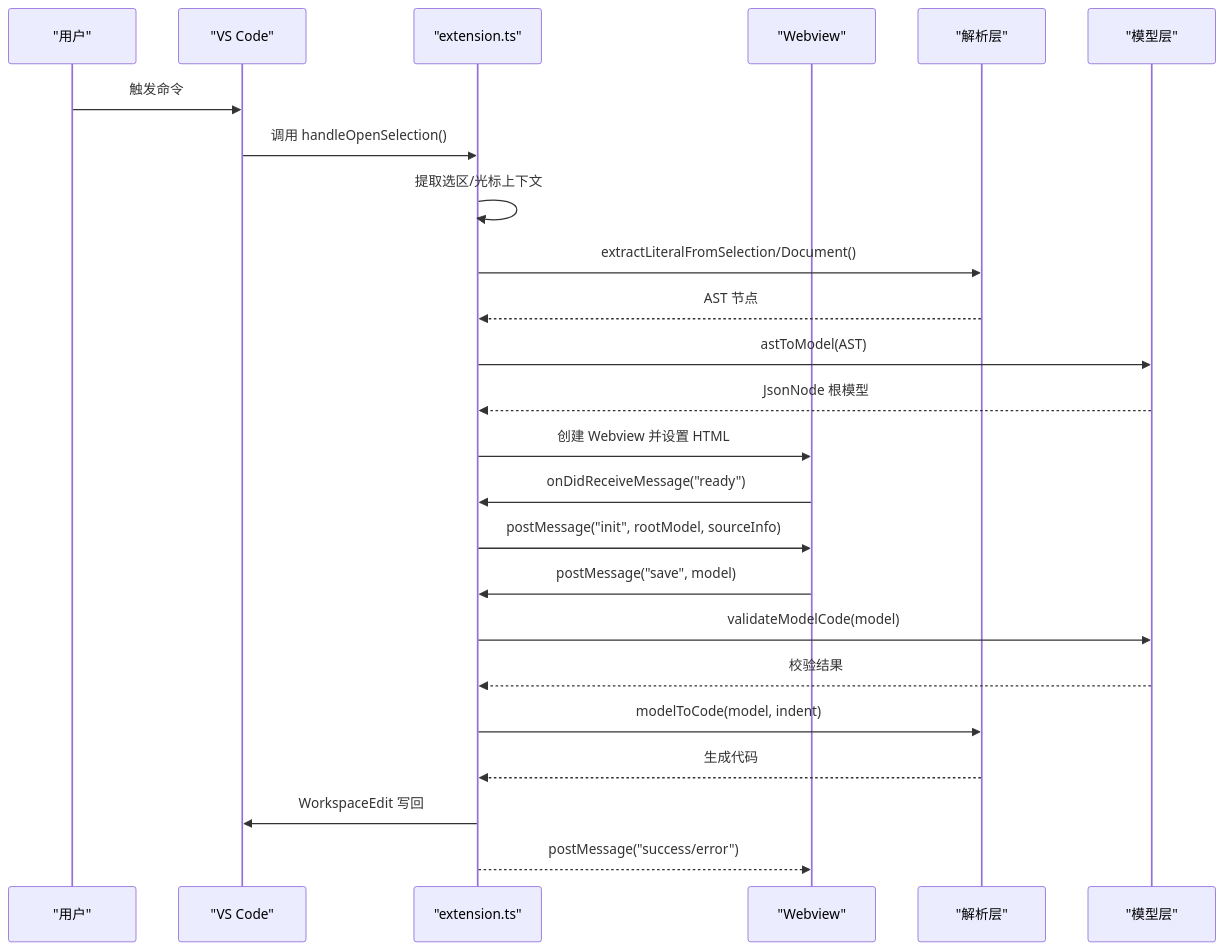
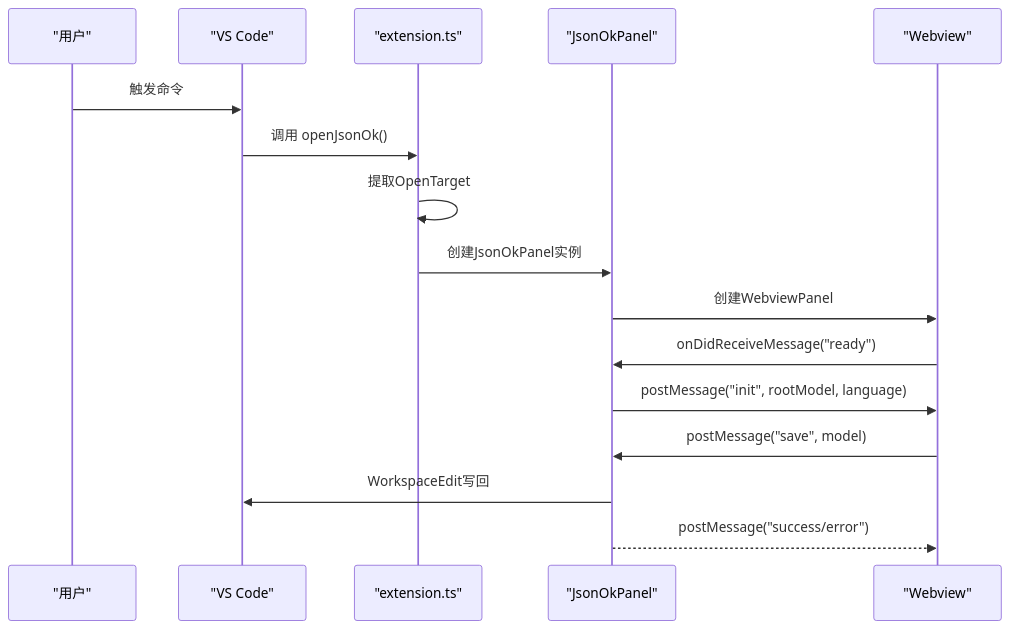
Before and after one commit to meiok1/wysjson: the third of 9 diagrams in .qoder/repowiki/zh/content/核心架构设计/核心架构设计.md, drawn with Mermaid. The commit also changed other lines of this file and 45 other files, not shown here.

````diff
--- a/.qoder/repowiki/zh/content/核心架构设计/核心架构设计.md
+++ b/.qoder/repowiki/zh/content/核心架构设计/核心架构设计.md
@@ -154,26 +171,18 @@
 ```mermaid
 sequenceDiagram
 participant U as "用户"
 participant VS as "VS Code"
 participant EXT as "extension.ts"
+participant PANEL as "JsonOkPanel"
 participant WV as "Webview"
-participant P as "解析层"
-participant M as "模型层"
 U->>VS : 触发命令
-VS->>EXT : 调用 handleOpenSelection()
-EXT->>EXT : 提取选区/光标上下文
-EXT->>P : extractLiteralFromSelection/Document()
-P-->>EXT : AST 节点
-EXT->>M : astToModel(AST)
-M-->>EXT : JsonNode 根模型
-EXT->>WV : 创建 Webview 并设置 HTML
-WV->>EXT : onDidReceiveMessage("ready")
-EXT->>WV : postMessage("init", rootModel, sourceInfo)
-WV->>EXT : postMessage("save", model)
-EXT->>M : validateModelCode(model)
-M-->>EXT : 校验结果
-EXT->>P : modelToCode(model, indent)
-P-->>EXT : 生成代码
-EXT->>VS : WorkspaceEdit 写回
-EXT-->>WV : postMessage("success/error")
+VS->>EXT : 调用 openJsonOk()
+EXT->>EXT : 提取OpenTarget
+EXT->>PANEL : 创建JsonOkPanel实例
+PANEL->>WV : 创建WebviewPanel
+WV->>PANEL : onDidReceiveMessage("ready")
+PANEL->>WV : postMessage("init", rootModel, language)
+WV->>PANEL : postMessage("save", model)
+PANEL->>VS : WorkspaceEdit写回
+PANEL-->>WV : postMessage("success/error")
 ```
````
